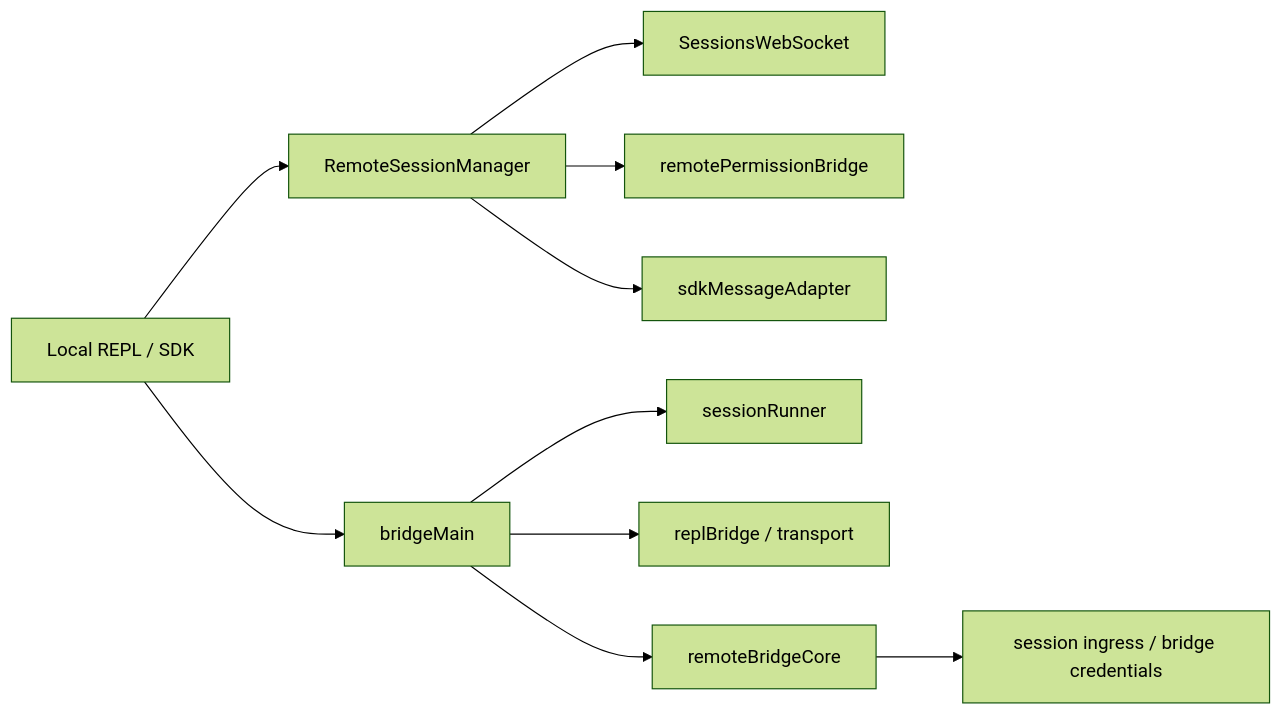
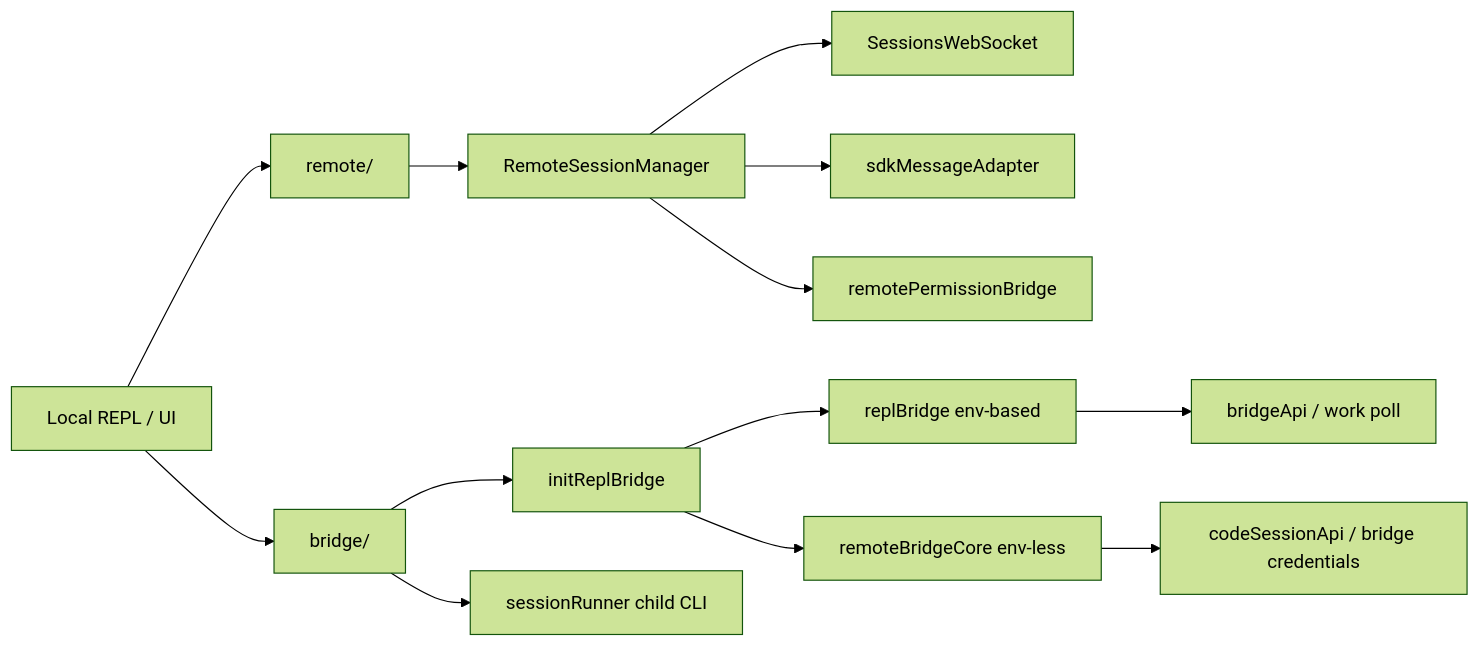
Before and after one commit to Boulea7/ClaudeCode-Source-DeepDive: the diagram in MODULES/07-remote-session-bridge-and-sdk/DEEP/README.md, drawn with Mermaid (forest theme). The commit also changed other lines of this file and 6 other files, not shown here.

````diff
--- a/MODULES/07-remote-session-bridge-and-sdk/DEEP/README.md
+++ b/MODULES/07-remote-session-bridge-and-sdk/DEEP/README.md
@@ -121,12 +188,16 @@
 ```mermaid
 flowchart LR
-    A[Local REPL / SDK] --> B[RemoteSessionManager]
-    B --> C[SessionsWebSocket]
-    B --> D[remotePermissionBridge]
-    B --> E[sdkMessageAdapter]
-    A --> F[bridgeMain]
-    F --> G[sessionRunner]
-    F --> H[replBridge / transport]
-    F --> I[remoteBridgeCore]
-    I --> J[session ingress / bridge credentials]
+    A[Local REPL / UI] --> B[remote/]
+    B --> C[RemoteSessionManager]
+    C --> D[SessionsWebSocket]
+    C --> E[sdkMessageAdapter]
+    C --> F[remotePermissionBridge]
+
+    A --> G[bridge/]
+    G --> H[initReplBridge]
+    H --> I[replBridge env-based]
+    H --> J[remoteBridgeCore env-less]
+    I --> K[bridgeApi / work poll]
+    J --> L[codeSessionApi / bridge credentials]
+    G --> M[sessionRunner child CLI]
 ```
````
